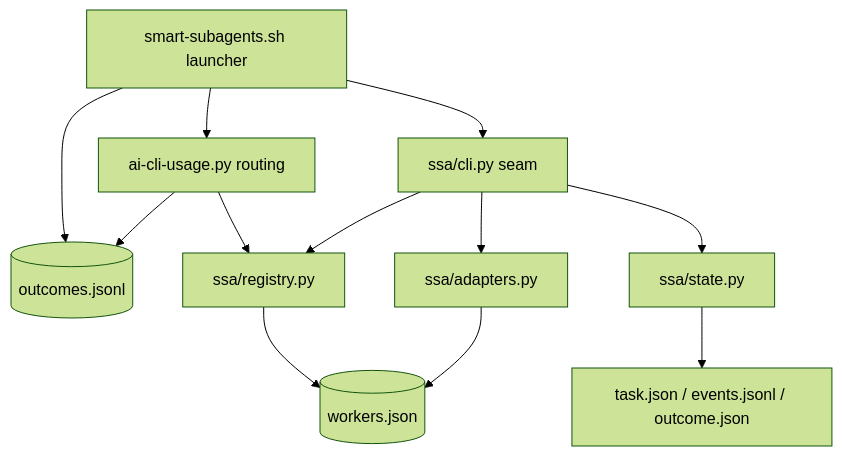
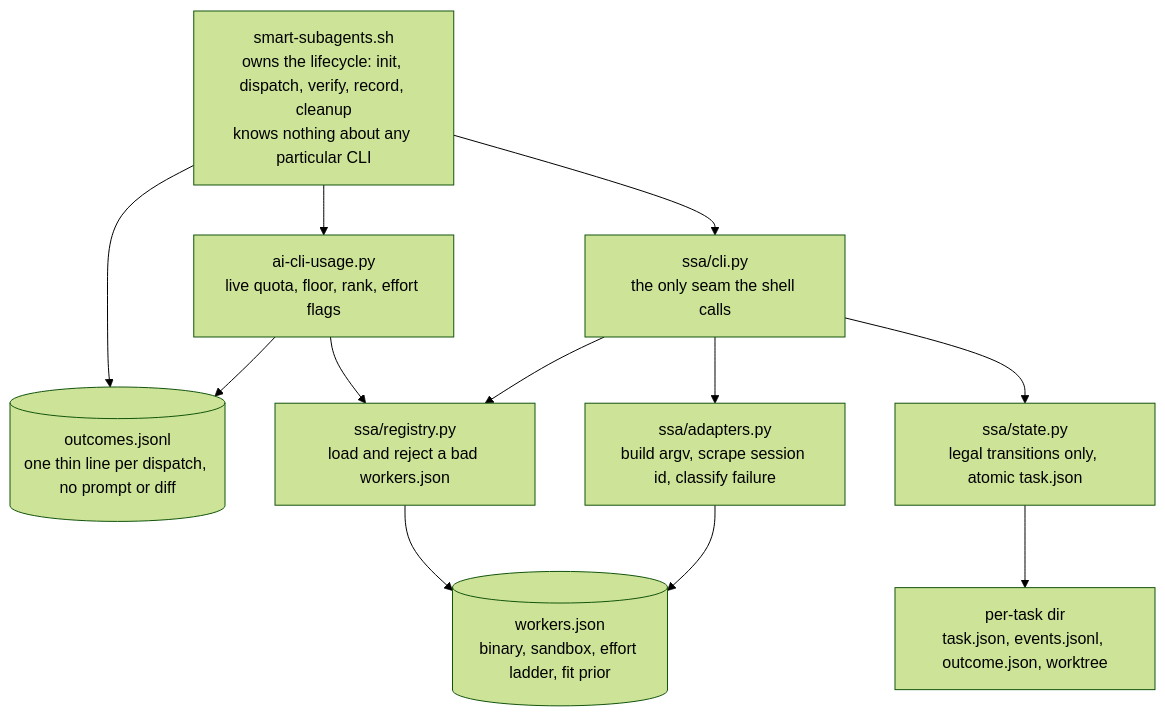
One commit to m-esm/smart-subagents changed the first of 2 diagrams in docs/ARCHITECTURE.md. Above: the diagram before and after it, drawn with Mermaid (forest theme). The commit also changed other lines of this file and 3 other files, not shown here.

Commit message:
Make mermaid charts name the rule, not just the box

````diff
--- a/docs/ARCHITECTURE.md
+++ b/docs/ARCHITECTURE.md
@@ -7,15 +7,15 @@
 ```mermaid
 flowchart TB
-    SH[smart-subagents.sh launcher]
-    SH --> CLI[ssa/cli.py seam]
-    SH --> USAGE[ai-cli-usage.py routing]
-    SH --> LEDGER[(outcomes.jsonl)]
+    SH["smart-subagents.sh<br/>owns the lifecycle: init, dispatch, verify, record, cleanup<br/>knows nothing about any particular CLI"]
+    SH --> CLI["ssa/cli.py<br/>the only seam the shell calls"]
+    SH --> USAGE["ai-cli-usage.py<br/>live quota, floor, rank, effort flags"]
+    SH --> LEDGER[("outcomes.jsonl<br/>one thin line per dispatch, no prompt or diff")]
     USAGE --> LEDGER
-    USAGE --> REG[ssa/registry.py]
+    USAGE --> REG["ssa/registry.py<br/>load and reject a bad workers.json"]
     CLI --> REG
-    CLI --> ADAPT[ssa/adapters.py]
-    CLI --> ST[ssa/state.py]
-    REG --> WJ[(workers.json)]
+    CLI --> ADAPT["ssa/adapters.py<br/>build argv, scrape session id, classify failure"]
+    CLI --> ST["ssa/state.py<br/>legal transitions only, atomic task.json"]
+    REG --> WJ[("workers.json<br/>binary, sandbox, effort ladder, fit prior")]
     ADAPT --> WJ
-    ST --> TD[task.json / events.jsonl / outcome.json]
+    ST --> TD["per-task dir<br/>task.json, events.jsonl, outcome.json, worktree"]
 ```
````
